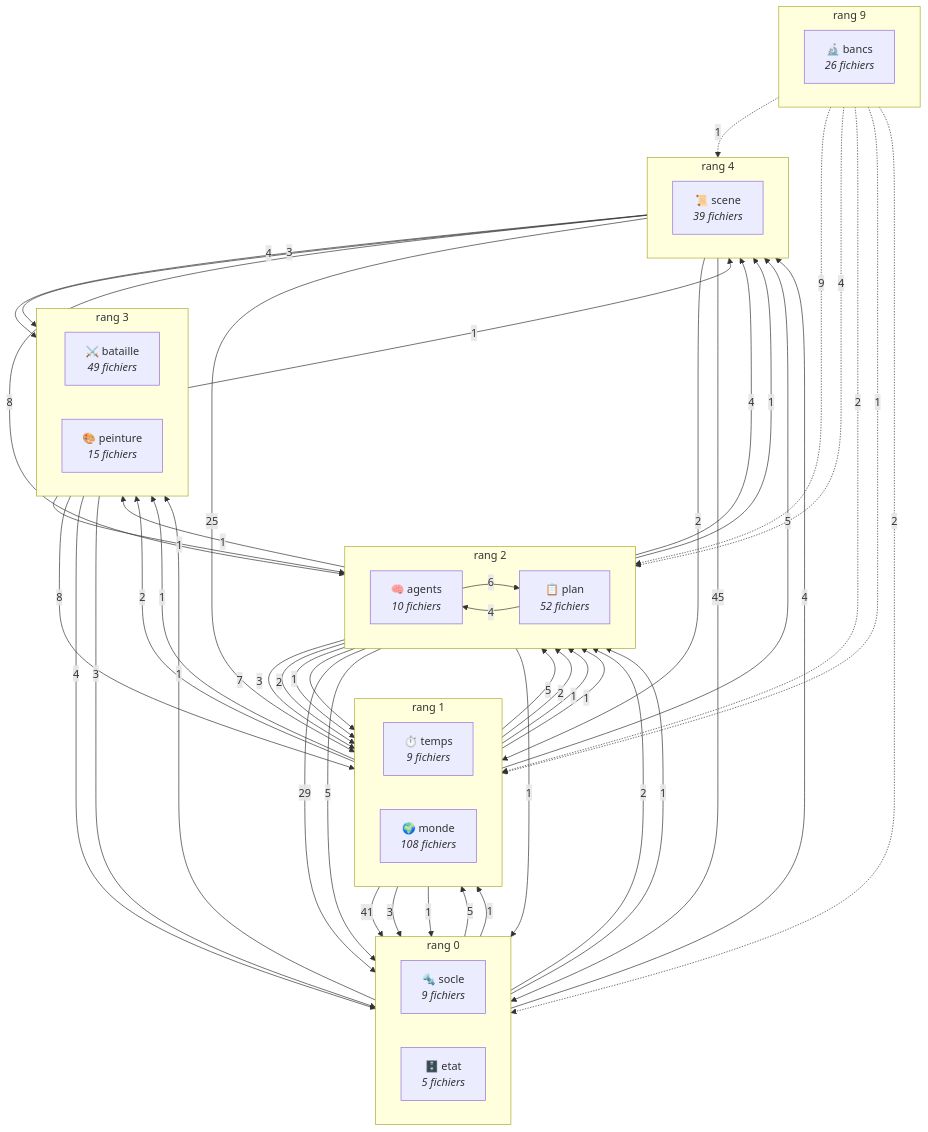
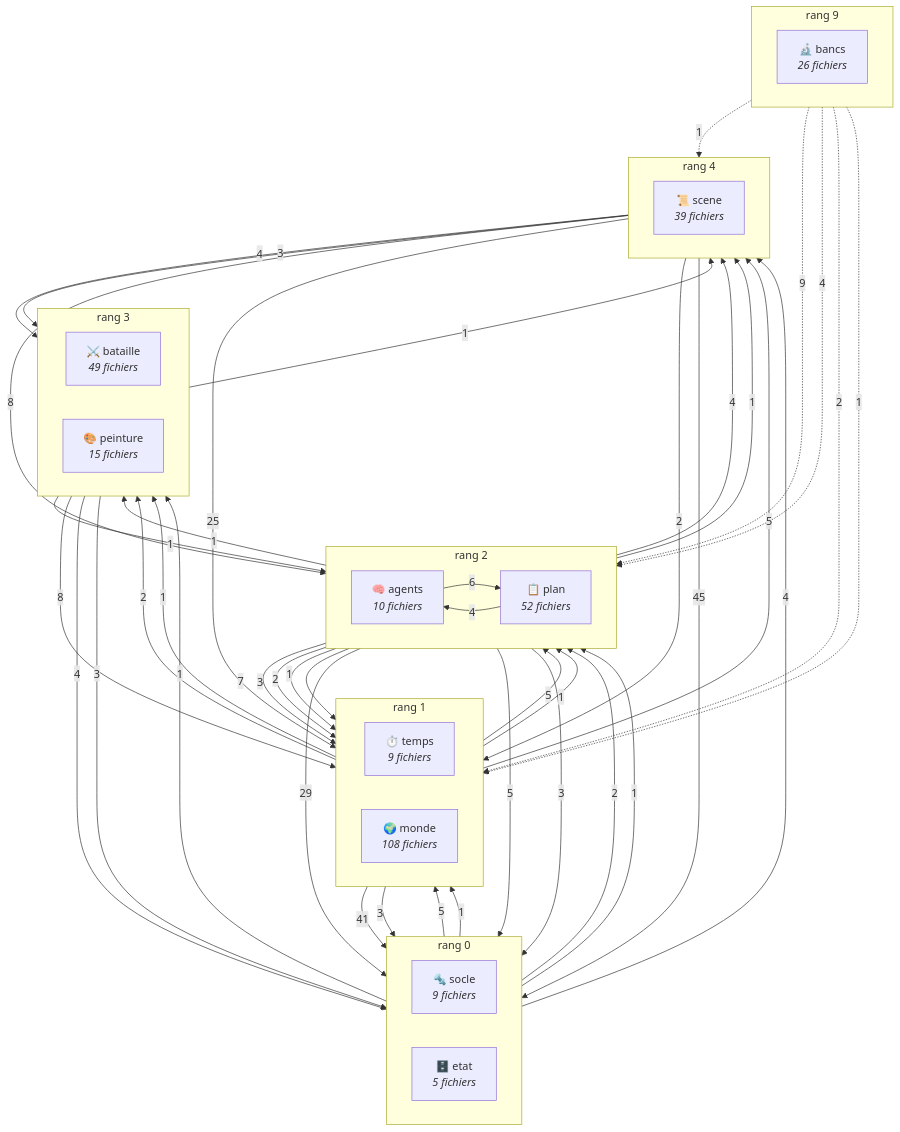
One commit to mind-protocol/the-council changed the diagram in docs/graphe-archi.md. Above: the diagram before and after it, drawn with Mermaid. The commit also changed other lines of this file and 4 other files, not shown here.

````diff
--- a/docs/graphe-archi.md
+++ b/docs/graphe-archi.md
@@ -13,76 +13,72 @@
 ```mermaid
 flowchart TB
   subgraph R0["rang 0"]
     direction LR
     socle["🔩 socle<br/><i>9 fichiers</i>"]
     etat["🗄️ etat<br/><i>5 fichiers</i>"]
   end
   subgraph R1["rang 1"]
     direction LR
     temps["⏱️ temps<br/><i>9 fichiers</i>"]
     monde["🌍 monde<br/><i>108 fichiers</i>"]
   end
   subgraph R2["rang 2"]
     direction LR
     agents["🧠 agents<br/><i>10 fichiers</i>"]
     plan["📋 plan<br/><i>52 fichiers</i>"]
   end
   subgraph R3["rang 3"]
     direction LR
     bataille["⚔️ bataille<br/><i>49 fichiers</i>"]
     peinture["🎨 peinture<br/><i>15 fichiers</i>"]
   end
   subgraph R4["rang 4"]
     direction LR
     scene["📜 scene<br/><i>39 fichiers</i>"]
   end
   subgraph R9["rang 9"]
     direction LR
     bancs["🔬 bancs<br/><i>26 fichiers</i>"]
   end
   scene -->|45| socle
   monde -->|41| socle
   plan -->|29| socle
   scene -->|25| monde
   bancs -.->|9| plan
   scene -->|8| plan
   bataille -->|8| monde
   plan -->|7| monde
   agents -->|6| plan
   monde -->|5| plan
   agents -->|5| socle
   socle -->|5| monde
   monde -->|5| scene
   bancs -.->|4| agents
   plan -->|4| agents
   plan -->|4| scene
   peinture -->|4| socle
   scene -->|4| peinture
   socle -->|4| scene
   agents -->|3| temps
+  plan -->|3| etat
   bataille -->|3| socle
   temps -->|3| socle
   scene -->|3| bataille
-  bancs -.->|2| etat
   scene -->|2| temps
   plan -->|2| temps
   bancs -.->|2| temps
-  temps -->|2| plan
   monde -->|2| bataille
   socle -->|2| plan
   agents -->|1| monde
   bancs -.->|1| monde
   etat -->|1| plan
   etat -->|1| temps
-  agents -->|1| etat
   peinture -->|1| plan
   monde -->|1| agents
-  temps -->|1| etat
-  temps -->|1| agents
   socle -->|1| bataille
   agents -->|1| scene
   plan -->|1| peinture
   monde -->|1| peinture
   bancs -.->|1| scene
   bataille -->|1| scene
 ```
````
